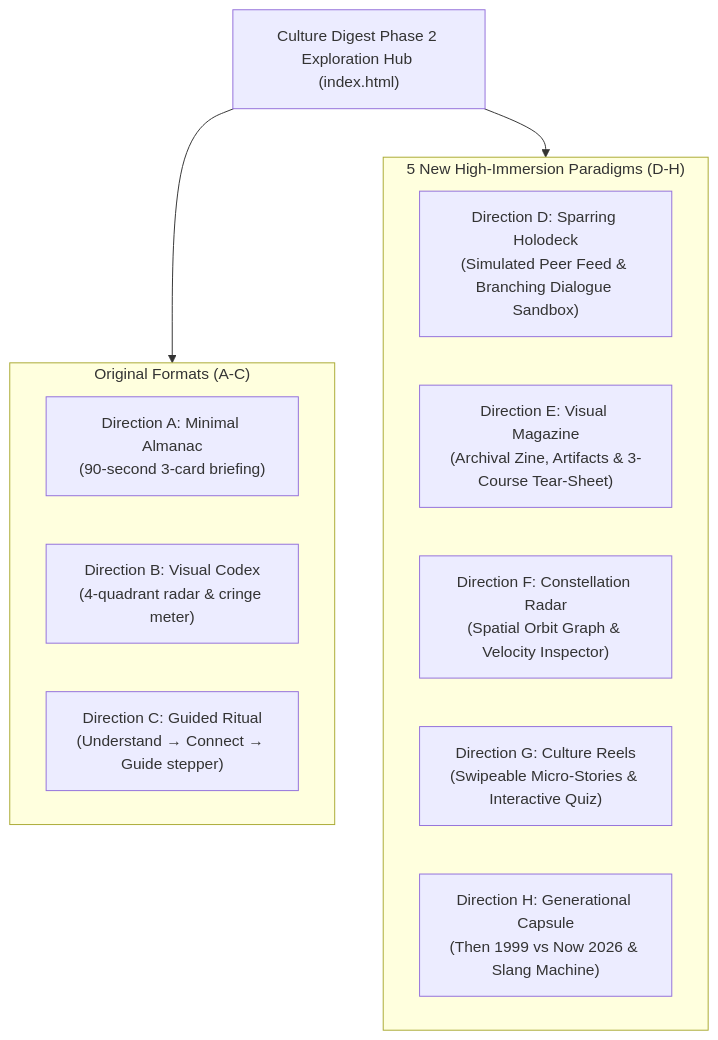
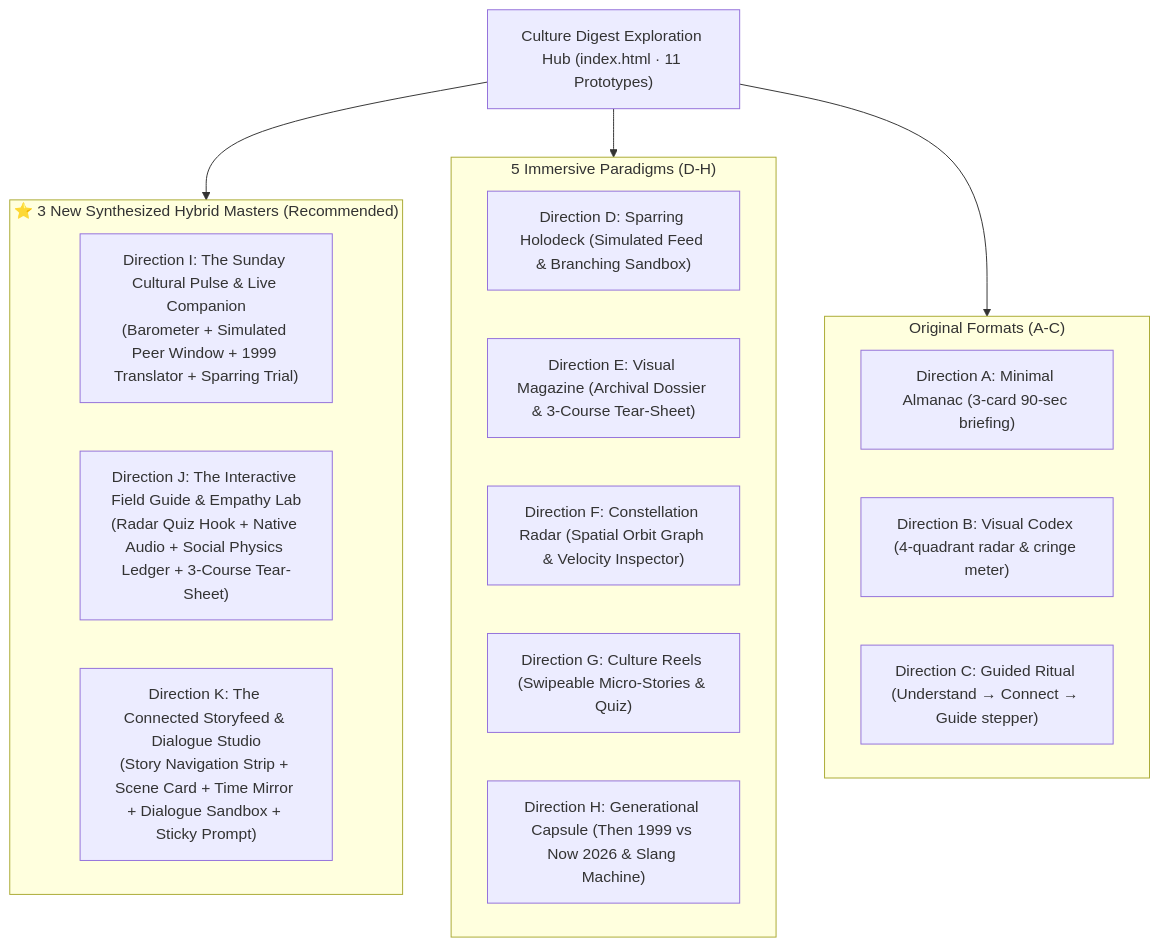
Before and after one commit to Souheil007/AlongSide: the diagram in design-explorations/culture-digest/DESIGN_ALTERNATIVES.md, drawn with Mermaid. The commit also changed other lines of this file and 5 other files, not shown here.

First line of the commit message:
Design/sou 80 culture digest 5 more designs (#78)

````diff
--- a/design-explorations/culture-digest/DESIGN_ALTERNATIVES.md
+++ b/design-explorations/culture-digest/DESIGN_ALTERNATIVES.md
@@ -29,21 +31,28 @@
 ```mermaid
 graph TD
-    Hub["Culture Digest Phase 2 Exploration Hub (index.html)"]
+    Hub["Culture Digest Exploration Hub (index.html · 11 Prototypes)"]
     
-    subgraph OriginalExplorations["Original Formats (A-C)"]
-        A["Direction A: Minimal Almanac<br/>(90-second 3-card briefing)"]
-        B["Direction B: Visual Codex<br/>(4-quadrant radar & cringe meter)"]
-        C["Direction C: Guided Ritual<br/>(Understand → Connect → Guide stepper)"]
+    subgraph SynthesizedHybrids["⭐ 3 New Synthesized Hybrid Masters (Recommended)"]
+        I["Direction I: The Sunday Cultural Pulse & Live Companion<br/>(Barometer + Simulated Peer Window + 1999 Translator + Sparring Trial)"]
+        J["Direction J: The Interactive Field Guide & Empathy Lab<br/>(Radar Quiz Hook + Native Audio + Social Physics Ledger + 3-Course Tear-Sheet)"]
+        K["Direction K: The Connected Storyfeed & Dialogue Studio<br/>(Story Navigation Strip + Scene Card + Time Mirror + Dialogue Sandbox + Sticky Prompt)"]
     end
 
-    subgraph NewImmersiveExplorations["5 New High-Immersion Paradigms (D-H)"]
-        D["Direction D: Sparring Holodeck<br/>(Simulated Peer Feed & Branching Dialogue Sandbox)"]
-        E["Direction E: Visual Magazine<br/>(Archival Zine, Artifacts & 3-Course Tear-Sheet)"]
-        F["Direction F: Constellation Radar<br/>(Spatial Orbit Graph & Velocity Inspector)"]
-        G["Direction G: Culture Reels<br/>(Swipeable Micro-Stories & Interactive Quiz)"]
-        H["Direction H: Generational Capsule<br/>(Then 1999 vs Now 2026 & Slang Machine)"]
+    subgraph ImmersiveExplorations["5 Immersive Paradigms (D-H)"]
+        D["Direction D: Sparring Holodeck (Simulated Feed & Branching Sandbox)"]
+        E["Direction E: Visual Magazine (Archival Dossier & 3-Course Tear-Sheet)"]
+        F["Direction F: Constellation Radar (Spatial Orbit Graph & Velocity Inspector)"]
+        G["Direction G: Culture Reels (Swipeable Micro-Stories & Quiz)"]
+        H["Direction H: Generational Capsule (Then 1999 vs Now 2026 & Slang Machine)"]
     end
 
+    subgraph OriginalExplorations["Original Formats (A-C)"]
+        A["Direction A: Minimal Almanac (3-card 90-sec briefing)"]
+        B["Direction B: Visual Codex (4-quadrant radar & cringe meter)"]
+        C["Direction C: Guided Ritual (Understand → Connect → Guide stepper)"]
+    end
+
+    Hub --> SynthesizedHybrids
+    Hub --> ImmersiveExplorations
     Hub --> OriginalExplorations
-    Hub --> NewImmersiveExplorations
 ```
````
